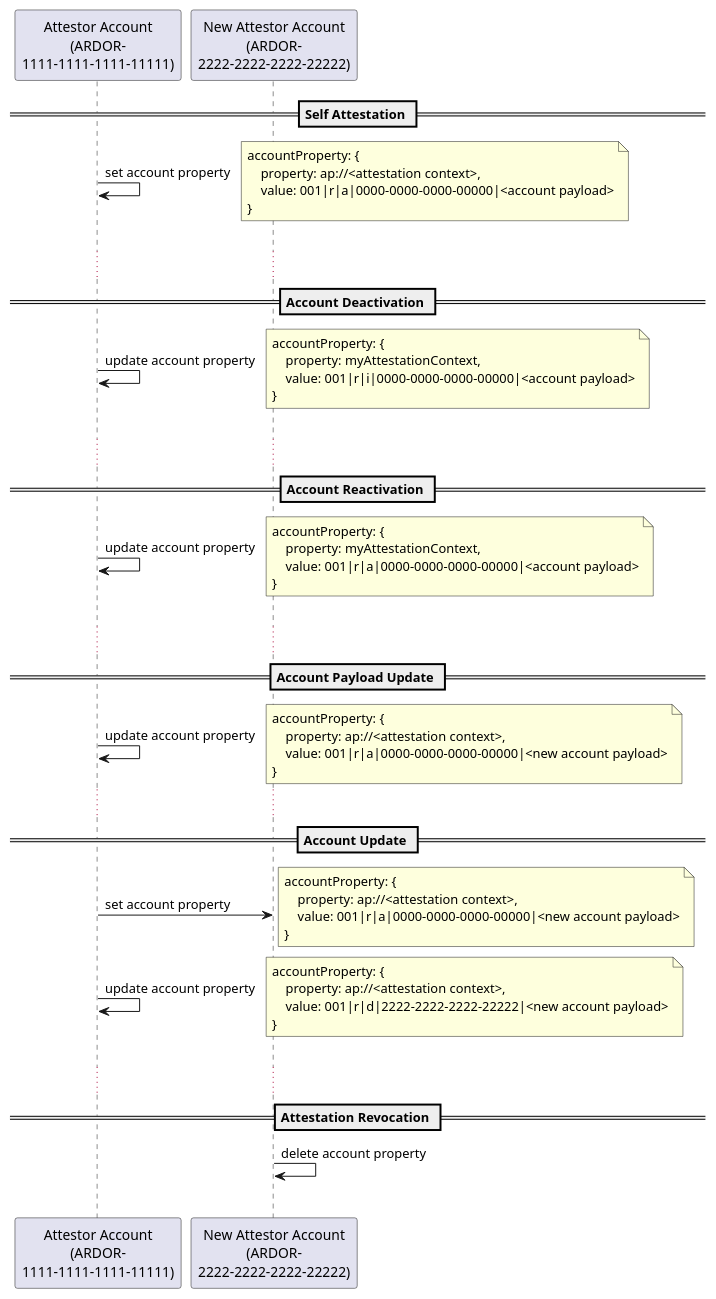
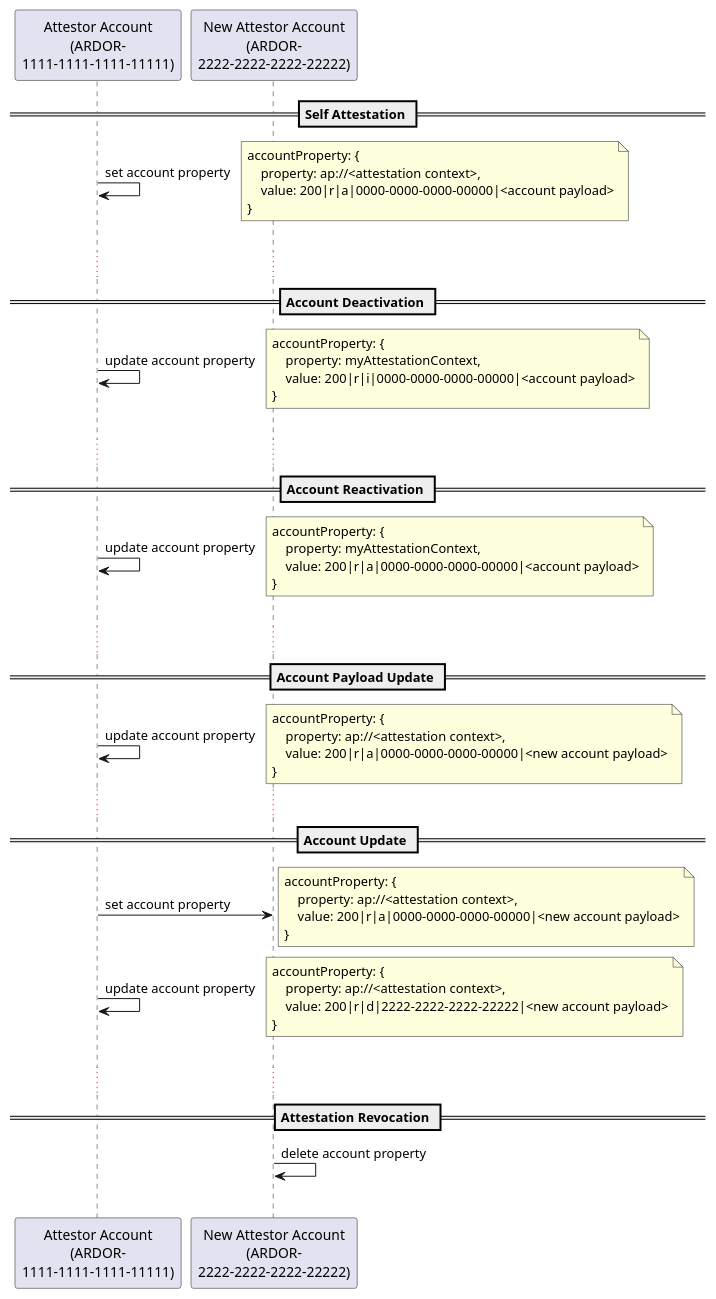
One commit to masterbtc/documentation-1 changed the diagram in docs/plantUml/src/attestation-protocol/protocol-self-attestation-workflow.puml. Above: the diagram before and after it, drawn with PlantUML. The commit also changed 4 other files, not shown here.

```diff
--- a/docs/plantUml/src/attestation-protocol/protocol-self-attestation-workflow.puml
+++ b/docs/plantUml/src/attestation-protocol/protocol-self-attestation-workflow.puml
@@ -18,87 +18,87 @@
 @startuml
 
 
 participant "Attestor Account\n(ARDOR-\n1111-1111-1111-11111)" as ATTE
 participant "New Attestor Account\n(ARDOR-\n2222-2222-2222-22222)" as NATTE
 
 
 == Self Attestation ==
 
 ATTE -> ATTE: set account property
 note right
     accountProperty: {
         property: ap://<attestation context>,
-        value: 001|r|a|0000-0000-0000-00000|<account payload>
+        value: 200|r|a|0000-0000-0000-00000|<account payload>
     }
 end note
 |||
 
 
 ...
 == Account Deactivation ==
 
 ATTE -> ATTE: update account property
 note right
     accountProperty: {
         property: myAttestationContext,
-        value: 001|r|i|0000-0000-0000-00000|<account payload>
+        value: 200|r|i|0000-0000-0000-00000|<account payload>
     }
 end note
 |||
 
 
 ...
 == Account Reactivation ==
 
 ATTE -> ATTE: update account property
 note right
     accountProperty: {
         property: myAttestationContext,
-        value: 001|r|a|0000-0000-0000-00000|<account payload>
+        value: 200|r|a|0000-0000-0000-00000|<account payload>
     }
 end note
 |||
 
 
 ...
 == Account Payload Update ==
 
 ATTE -> ATTE: update account property
 note right
     accountProperty: {
         property: ap://<attestation context>,
-        value: 001|r|a|0000-0000-0000-00000|<new account payload>
+        value: 200|r|a|0000-0000-0000-00000|<new account payload>
     }
 end note
 
 
 ...
 == Account Update ==
 
 ATTE -> NATTE: set account property
 note right
     accountProperty: {
         property: ap://<attestation context>,
-        value: 001|r|a|0000-0000-0000-00000|<new account payload>
+        value: 200|r|a|0000-0000-0000-00000|<new account payload>
     }
 end note
 
 
 ATTE -> ATTE: update account property
 note right
     accountProperty: {
         property: ap://<attestation context>,
-        value: 001|r|d|2222-2222-2222-22222|<new account payload>
+        value: 200|r|d|2222-2222-2222-22222|<new account payload>
     }
 end note
 |||
 
 
 ...
 == Attestation Revocation ==
 
 NATTE -> NATTE: delete account property
 |||
 
 
 @enduml
```
